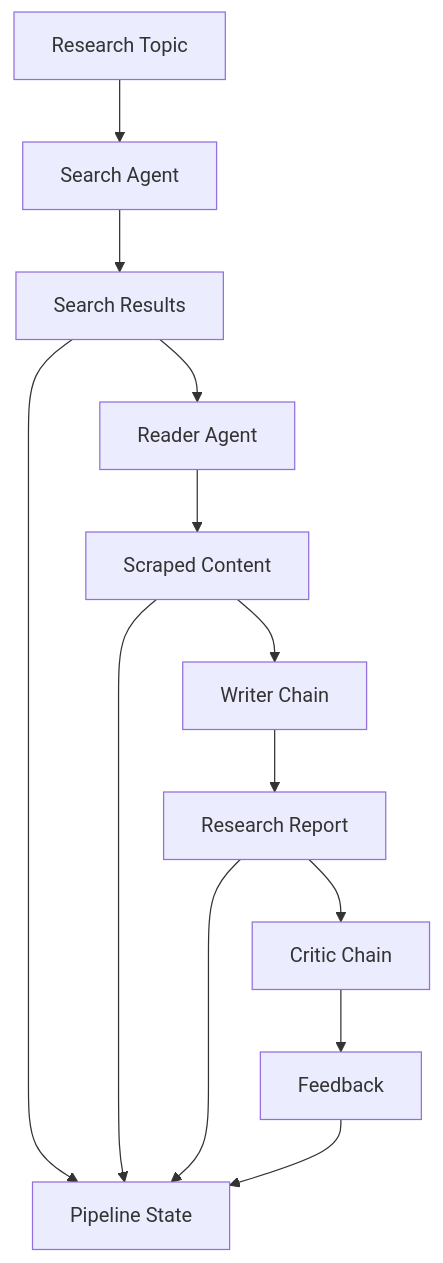
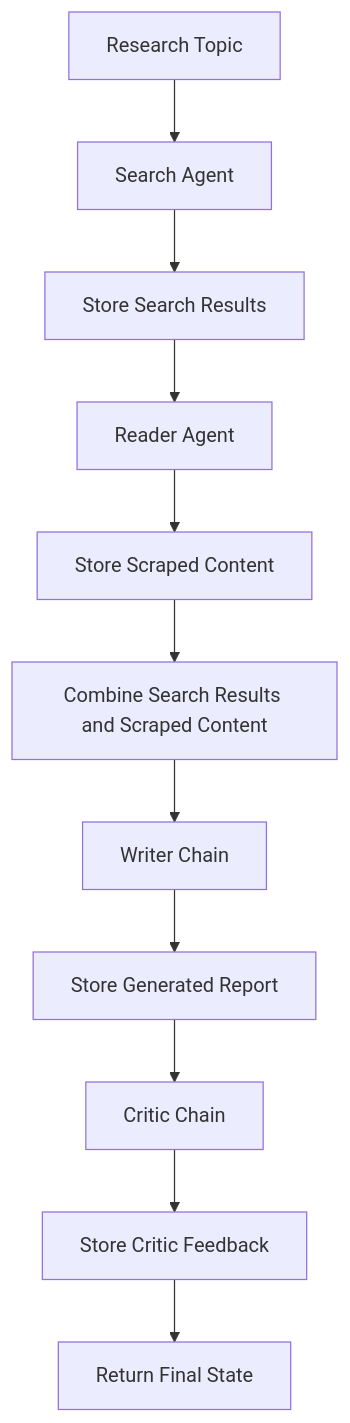
Before and after one commit to Sampath040507/deep-research-engine: the second of 2 diagrams in README.md, drawn with Mermaid. The commit also changed other lines of this file, not shown here.

````diff
--- a/README.md
+++ b/README.md
@@ -141,16 +188,13 @@
 ```mermaid
 flowchart TD
     A["Research Topic"] --> B["Search Agent"]
-    B --> C["Search Results"]
+    B --> C["Store Search Results"]
     C --> D["Reader Agent"]
-    D --> E["Scraped Content"]
-    E --> F["Writer Chain"]
-    F --> G["Research Report"]
-    G --> H["Critic Chain"]
-    H --> I["Feedback"]
-
-    C --> J["Pipeline State"]
-    E --> J
-    G --> J
-    I --> J
+    D --> E["Store Scraped Content"]
+    E --> F["Combine Search Results and Scraped Content"]
+    F --> G["Writer Chain"]
+    G --> H["Store Generated Report"]
+    H --> I["Critic Chain"]
+    I --> J["Store Critic Feedback"]
+    J --> K["Return Final State"]
 ```
````
